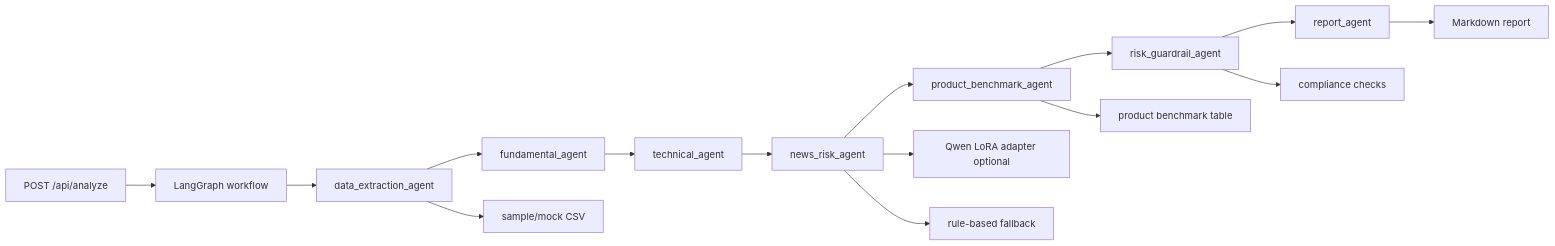
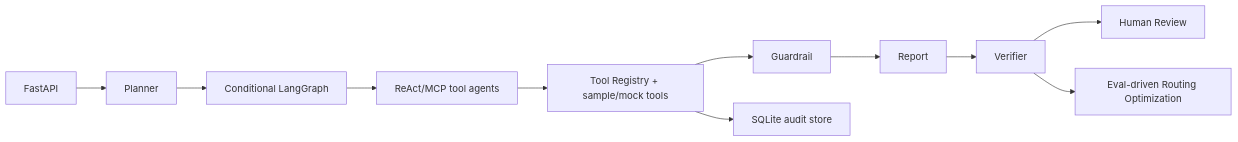
Before and after one commit to cxy-peter/Wealth-management-Agent: the diagram in README.md, drawn with Mermaid. The commit also changed other lines of this file and 54 other files, not shown here.

````diff
--- a/README.md
+++ b/README.md
@@ -15,18 +9,13 @@
 ```mermaid
 flowchart LR
-  A["POST /api/analyze"] --> B["LangGraph workflow"]
-  B --> C["data_extraction_agent"]
-  C --> D["fundamental_agent"]
-  D --> E["technical_agent"]
-  E --> F["news_risk_agent"]
-  F --> G["product_benchmark_agent"]
-  G --> H["risk_guardrail_agent"]
-  H --> I["report_agent"]
-  I --> J["Markdown report"]
-
-  C --> K["sample/mock CSV"]
-  F --> L["Qwen LoRA adapter optional"]
-  F --> M["rule-based fallback"]
-  G --> N["product benchmark table"]
-  H --> O["compliance checks"]
+  API["FastAPI"] --> Planner["Planner"]
+  Planner --> Router["Conditional LangGraph"]
+  Router --> ReactAgents["ReAct/MCP tool agents"]
+  ReactAgents --> Registry["Tool Registry + sample/mock tools"]
+  Registry --> Guardrail["Guardrail"]
+  Guardrail --> Report["Report"]
+  Report --> Verifier["Verifier"]
+  Verifier --> Review["Human Review"]
+  Verifier --> Eval["Eval-driven Routing Optimization"]
+  Registry --> SQLite["SQLite audit store"]
 ```
````
